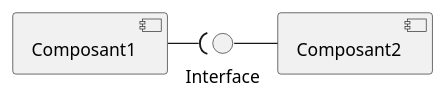
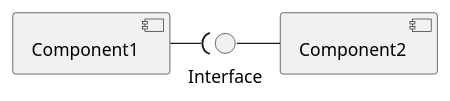
One commit to gigl-uml/Guide_uml_polymtl changed the diagram in plant_uml/assemblyConnectorsExample.plantuml. Above: the diagram before and after it, drawn with PlantUML. The commit also changed 17 other files, not shown here.

Commit message:
Added deployment section of deployment diagram

```diff
--- a/plant_uml/assemblyConnectorsExample.plantuml
+++ b/plant_uml/assemblyConnectorsExample.plantuml
@@ -1,9 +1,9 @@
 @startuml
 
-component Composant1
-component Composant2
+component Component1
+component Component2
 circle Interface
 
-Composant1 -r-( Interface
-Interface -r- Composant2
+Component1 -r-( Interface
+Interface -r- Component2
 @enduml
```
